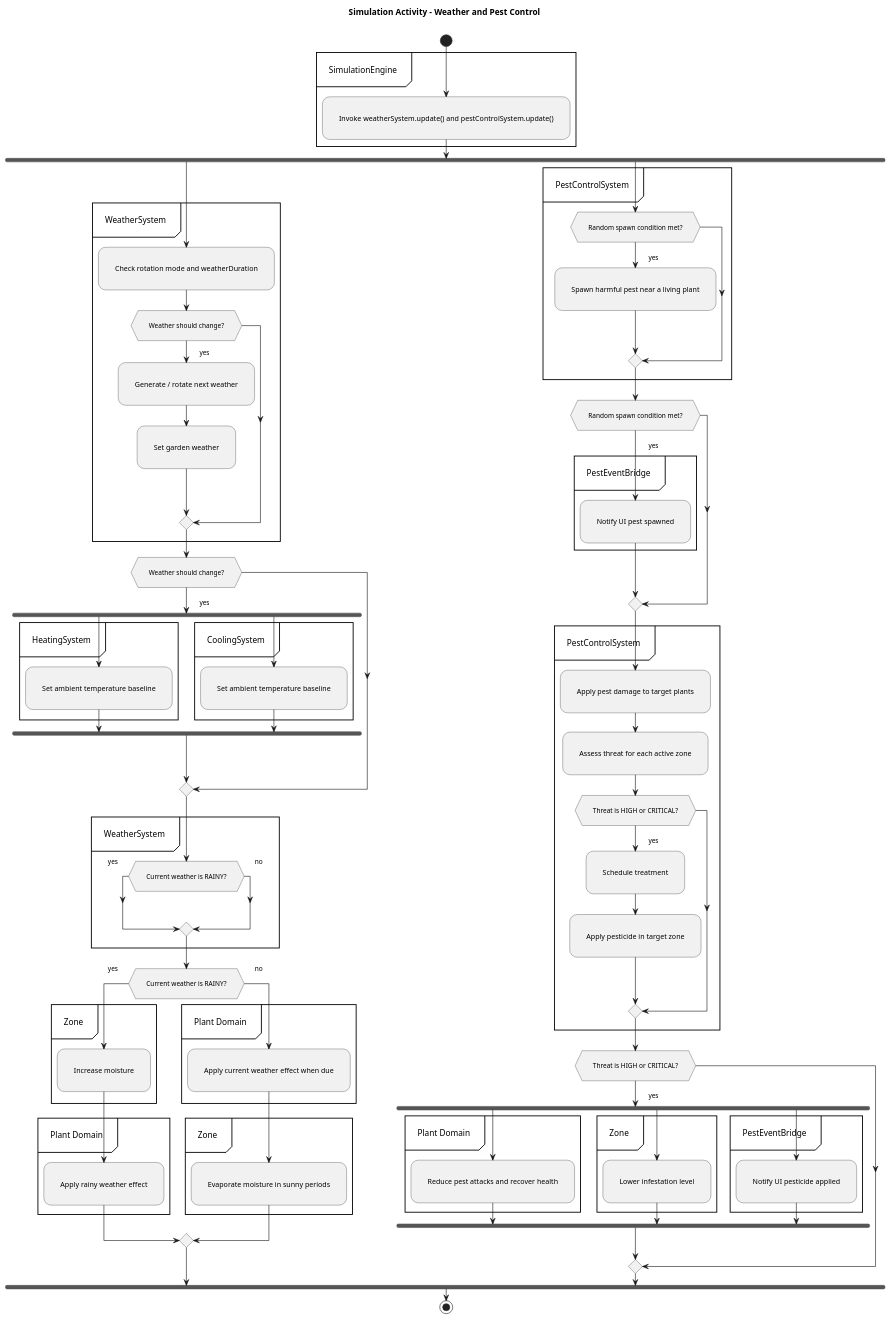
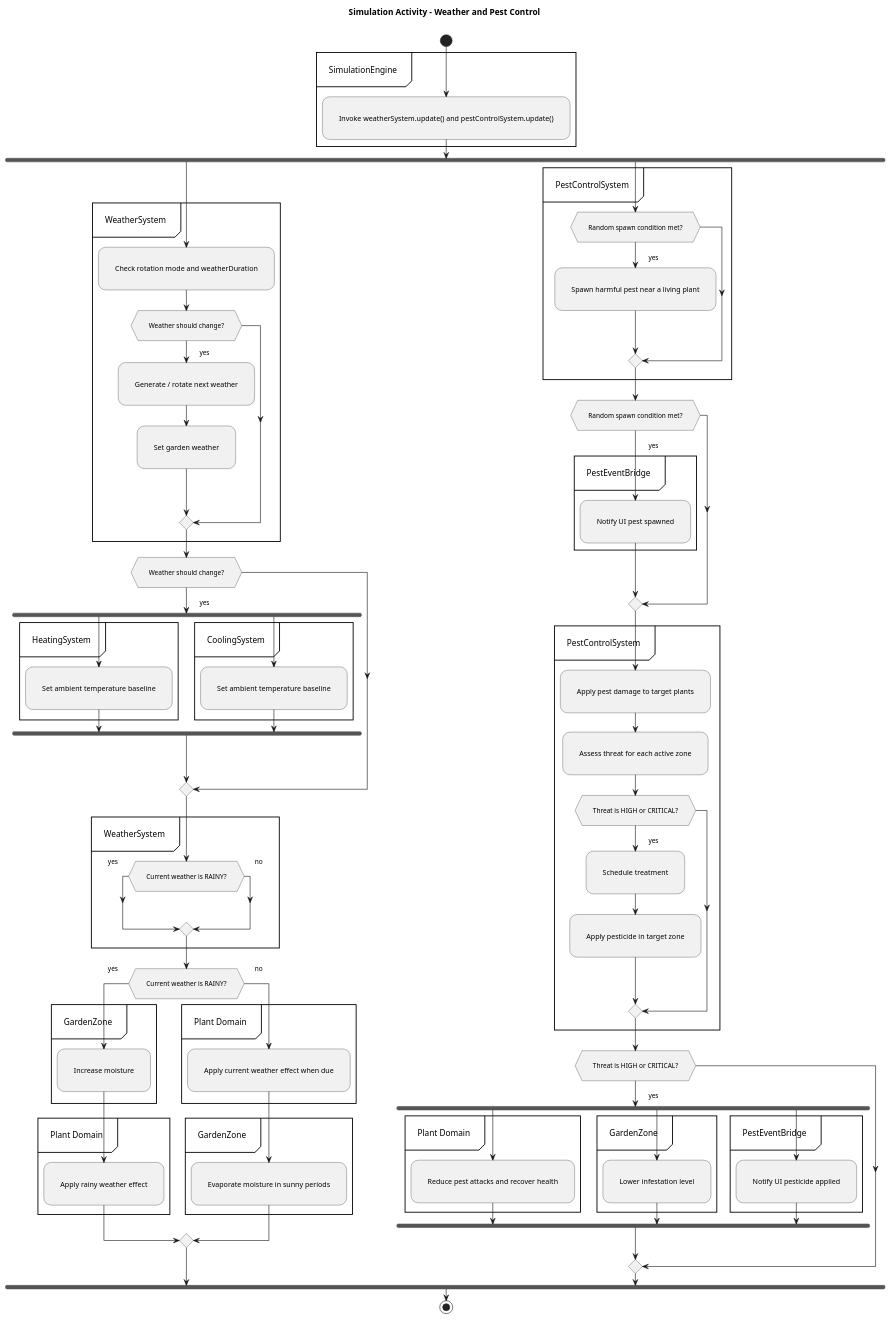
Before and after one commit to scientifios/computerizedgarden_csen275_group5: the diagram in docs_csen275_winter26/jjl/activity_simulation_weather_and_pest.puml, drawn with PlantUML. The commit also changed 8 other files, not shown here.

Commit message:
diagram updated with refactor

```diff
--- a/docs_csen275_winter26/jjl/activity_simulation_weather_and_pest.puml
+++ b/docs_csen275_winter26/jjl/activity_simulation_weather_and_pest.puml
@@ -1,100 +1,100 @@
 @startuml Activity_Simulation_WeatherAndPest
 title Simulation Activity - Weather and Pest Control
 
 skinparam backgroundColor white
 skinparam shadowing false
 skinparam ranksep 110
 skinparam nodesep 80
 skinparam Padding 18
 skinparam ArrowThickness 1
 skinparam linetype ortho
 
 start
 
 partition "SimulationEngine" {
   :Invoke weatherSystem.update() and pestControlSystem.update();
 }
 
 fork
   partition "WeatherSystem" {
     :Check rotation mode and weatherDuration;
     if (Weather should change?) then (yes)
       :Generate / rotate next weather;
       :Set garden weather;
     endif
   }
 
   if (Weather should change?) then (yes)
     fork
       partition "HeatingSystem" {
         :Set ambient temperature baseline;
       }
     fork again
       partition "CoolingSystem" {
         :Set ambient temperature baseline;
       }
     end fork
   endif
 
   partition "WeatherSystem" {
     if (Current weather is RAINY?) then (yes)
     else (no)
     endif
   }
 
   if (Current weather is RAINY?) then (yes)
-    partition "Zone" {
+    partition "GardenZone" {
       :Increase moisture;
     }
     partition "Plant Domain" {
       :Apply rainy weather effect;
     }
   else (no)
     partition "Plant Domain" {
       :Apply current weather effect when due;
     }
-    partition "Zone" {
+    partition "GardenZone" {
       :Evaporate moisture in sunny periods;
     }
   endif
 fork again
   partition "PestControlSystem" {
     if (Random spawn condition met?) then (yes)
       :Spawn harmful pest near a living plant;
     endif
   }
 
   if (Random spawn condition met?) then (yes)
     partition "PestEventBridge" {
       :Notify UI pest spawned;
     }
   endif
 
   partition "PestControlSystem" {
     :Apply pest damage to target plants;
     :Assess threat for each active zone;
     if (Threat is HIGH or CRITICAL?) then (yes)
       :Schedule treatment;
       :Apply pesticide in target zone;
     endif
   }
 
   if (Threat is HIGH or CRITICAL?) then (yes)
     fork
       partition "Plant Domain" {
         :Reduce pest attacks and recover health;
       }
     fork again
-      partition "Zone" {
+      partition "GardenZone" {
         :Lower infestation level;
       }
     fork again
       partition "PestEventBridge" {
         :Notify UI pesticide applied;
       }
     end fork
   endif
 end fork
 
 stop
 @enduml
```
